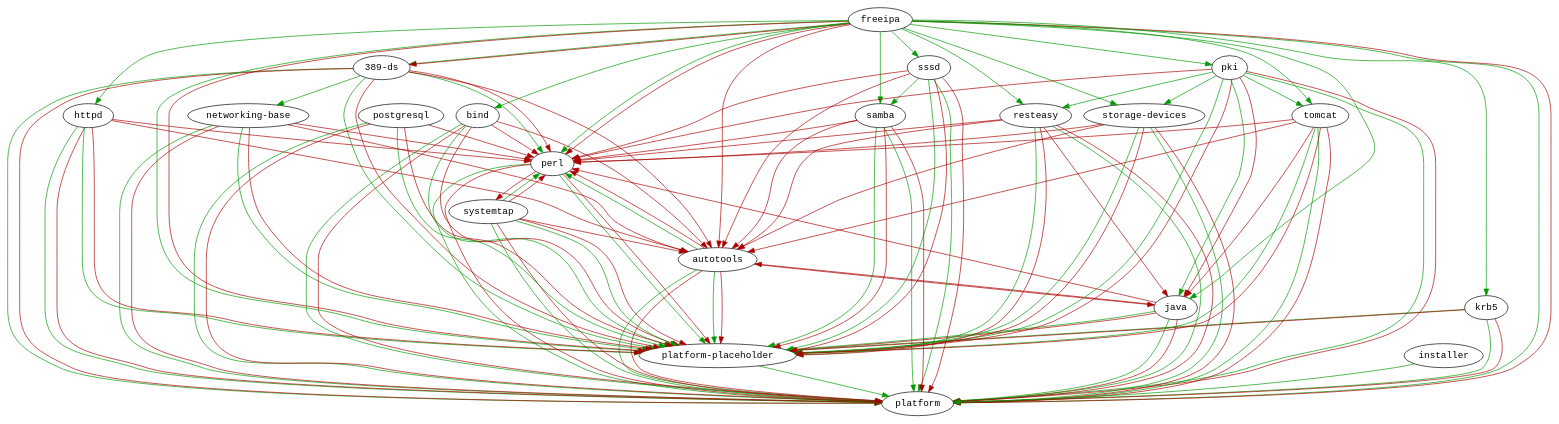
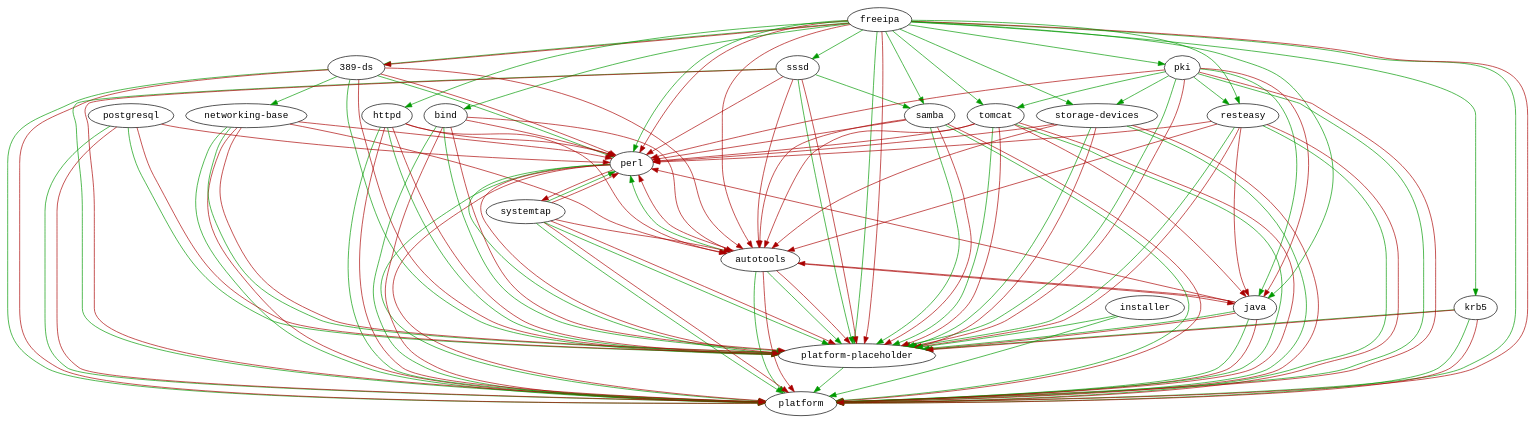
The diagram in img/module-deps.dot (fedora-modularity/dependency-report), drawn with Graphviz before and after one commit. The commit also changed 271 other files, not shown here.

Commit message:
regenerate with new pkgs in platform-placeholder

```diff
--- a/img/module-deps.dot
+++ b/img/module-deps.dot
@@ -1,127 +1,128 @@
 digraph G {
   node [fontname=monospace];
   "389-ds" -> "platform" [color="#009900"];
   "389-ds" -> "platform-placeholder" [color="#009900"];
   "389-ds" -> "networking-base" [color="#009900"];
   "389-ds" -> "perl" [color="#009900"];
   "389-ds" -> "platform" [color="#aa0000"];
   "389-ds" -> "platform-placeholder" [color="#aa0000"];
   "389-ds" -> "perl" [color="#aa0000"];
   "389-ds" -> "autotools" [color="#aa0000"];
   "autotools" -> "platform" [color="#009900"];
   "autotools" -> "perl" [color="#009900"];
   "autotools" -> "platform-placeholder" [color="#009900"];
   "autotools" -> "platform" [color="#aa0000"];
   "autotools" -> "platform-placeholder" [color="#aa0000"];
   "autotools" -> "java" [color="#aa0000"];
   "autotools" -> "perl" [color="#aa0000"];
   "bind" -> "platform" [color="#009900"];
   "bind" -> "platform-placeholder" [color="#009900"];
   "bind" -> "platform" [color="#aa0000"];
   "bind" -> "platform-placeholder" [color="#aa0000"];
   "bind" -> "autotools" [color="#aa0000"];
   "bind" -> "perl" [color="#aa0000"];
   "freeipa" -> "platform" [color="#009900"];
   "freeipa" -> "platform-placeholder" [color="#009900"];
   "freeipa" -> "java" [color="#009900"];
   "freeipa" -> "perl" [color="#009900"];
   "freeipa" -> "389-ds" [color="#009900"];
   "freeipa" -> "bind" [color="#009900"];
   "freeipa" -> "krb5" [color="#009900"];
   "freeipa" -> "sssd" [color="#009900"];
   "freeipa" -> "samba" [color="#009900"];
   "freeipa" -> "pki" [color="#009900"];
   "freeipa" -> "tomcat" [color="#009900"];
   "freeipa" -> "resteasy" [color="#009900"];
   "freeipa" -> "httpd" [color="#009900"];
   "freeipa" -> "storage-devices" [color="#009900"];
   "freeipa" -> "platform" [color="#aa0000"];
   "freeipa" -> "platform-placeholder" [color="#aa0000"];
   "freeipa" -> "389-ds" [color="#aa0000"];
   "freeipa" -> "autotools" [color="#aa0000"];
   "freeipa" -> "perl" [color="#aa0000"];
   "httpd" -> "platform" [color="#009900"];
   "httpd" -> "platform-placeholder" [color="#009900"];
   "httpd" -> "platform" [color="#aa0000"];
   "httpd" -> "platform-placeholder" [color="#aa0000"];
   "httpd" -> "autotools" [color="#aa0000"];
   "httpd" -> "perl" [color="#aa0000"];
   "installer" -> "platform" [color="#009900"];
+  "installer" -> "platform-placeholder" [color="#009900"];
   "java" -> "platform" [color="#009900"];
   "java" -> "platform-placeholder" [color="#009900"];
   "java" -> "platform" [color="#aa0000"];
   "java" -> "platform-placeholder" [color="#aa0000"];
   "java" -> "autotools" [color="#aa0000"];
   "java" -> "perl" [color="#aa0000"];
   "krb5" -> "platform" [color="#009900"];
   "krb5" -> "platform-placeholder" [color="#009900"];
   "krb5" -> "platform" [color="#aa0000"];
   "krb5" -> "platform-placeholder" [color="#aa0000"];
   "networking-base" -> "platform" [color="#009900"];
   "networking-base" -> "platform-placeholder" [color="#009900"];
   "networking-base" -> "platform" [color="#aa0000"];
   "networking-base" -> "platform-placeholder" [color="#aa0000"];
   "networking-base" -> "autotools" [color="#aa0000"];
   "networking-base" -> "perl" [color="#aa0000"];
   "perl" -> "platform" [color="#009900"];
   "perl" -> "platform-placeholder" [color="#009900"];
   "perl" -> "platform" [color="#aa0000"];
   "perl" -> "platform-placeholder" [color="#aa0000"];
   "perl" -> "systemtap" [color="#aa0000"];
   "pki" -> "platform" [color="#009900"];
   "pki" -> "platform-placeholder" [color="#009900"];
   "pki" -> "java" [color="#009900"];
   "pki" -> "tomcat" [color="#009900"];
   "pki" -> "resteasy" [color="#009900"];
   "pki" -> "storage-devices" [color="#009900"];
   "pki" -> "platform" [color="#aa0000"];
   "pki" -> "platform-placeholder" [color="#aa0000"];
   "pki" -> "java" [color="#aa0000"];
   "pki" -> "perl" [color="#aa0000"];
   "platform-placeholder" -> "platform" [color="#009900"];
   "postgresql" -> "platform" [color="#009900"];
   "postgresql" -> "platform-placeholder" [color="#009900"];
   "postgresql" -> "platform" [color="#aa0000"];
   "postgresql" -> "platform-placeholder" [color="#aa0000"];
   "postgresql" -> "perl" [color="#aa0000"];
   "resteasy" -> "platform" [color="#009900"];
   "resteasy" -> "platform-placeholder" [color="#009900"];
   "resteasy" -> "platform" [color="#aa0000"];
   "resteasy" -> "platform-placeholder" [color="#aa0000"];
   "resteasy" -> "autotools" [color="#aa0000"];
   "resteasy" -> "perl" [color="#aa0000"];
   "resteasy" -> "java" [color="#aa0000"];
   "samba" -> "platform" [color="#009900"];
   "samba" -> "platform-placeholder" [color="#009900"];
   "samba" -> "platform" [color="#aa0000"];
   "samba" -> "platform-placeholder" [color="#aa0000"];
   "samba" -> "autotools" [color="#aa0000"];
   "samba" -> "perl" [color="#aa0000"];
   "sssd" -> "platform" [color="#009900"];
   "sssd" -> "platform-placeholder" [color="#009900"];
   "sssd" -> "samba" [color="#009900"];
   "sssd" -> "platform" [color="#aa0000"];
   "sssd" -> "platform-placeholder" [color="#aa0000"];
   "sssd" -> "autotools" [color="#aa0000"];
   "sssd" -> "perl" [color="#aa0000"];
   "storage-devices" -> "platform" [color="#009900"];
   "storage-devices" -> "platform-placeholder" [color="#009900"];
   "storage-devices" -> "platform" [color="#aa0000"];
   "storage-devices" -> "platform-placeholder" [color="#aa0000"];
   "storage-devices" -> "autotools" [color="#aa0000"];
   "storage-devices" -> "perl" [color="#aa0000"];
   "systemtap" -> "platform" [color="#009900"];
   "systemtap" -> "perl" [color="#009900"];
   "systemtap" -> "platform-placeholder" [color="#009900"];
   "systemtap" -> "platform" [color="#aa0000"];
   "systemtap" -> "platform-placeholder" [color="#aa0000"];
   "systemtap" -> "autotools" [color="#aa0000"];
   "systemtap" -> "perl" [color="#aa0000"];
   "tomcat" -> "platform" [color="#009900"];
   "tomcat" -> "platform-placeholder" [color="#009900"];
   "tomcat" -> "platform" [color="#aa0000"];
   "tomcat" -> "platform-placeholder" [color="#aa0000"];
   "tomcat" -> "autotools" [color="#aa0000"];
   "tomcat" -> "perl" [color="#aa0000"];
   "tomcat" -> "java" [color="#aa0000"];
 }
```
